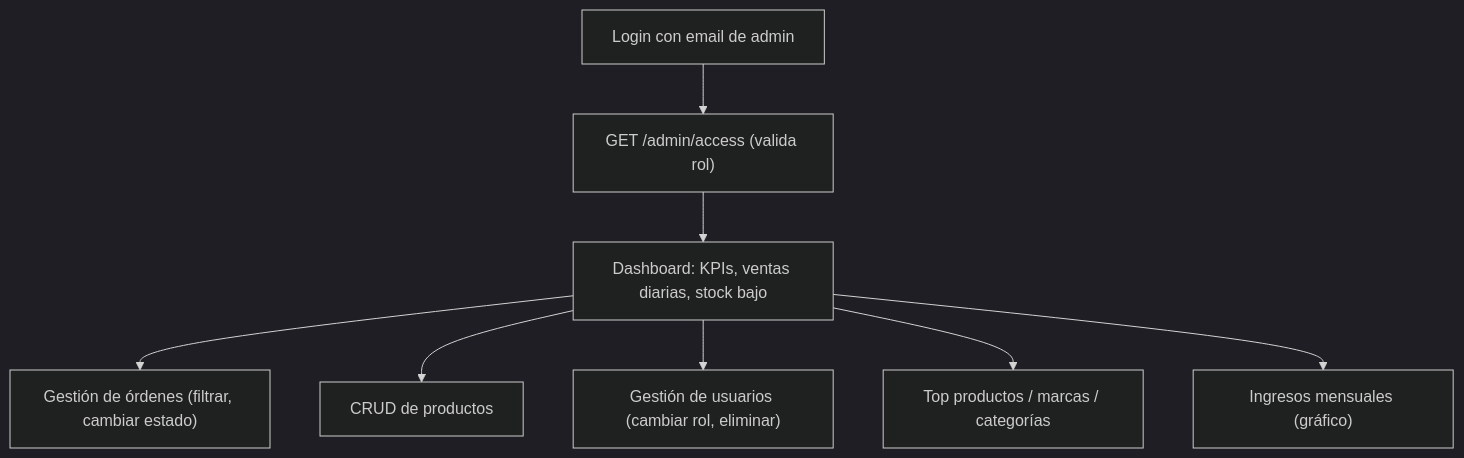
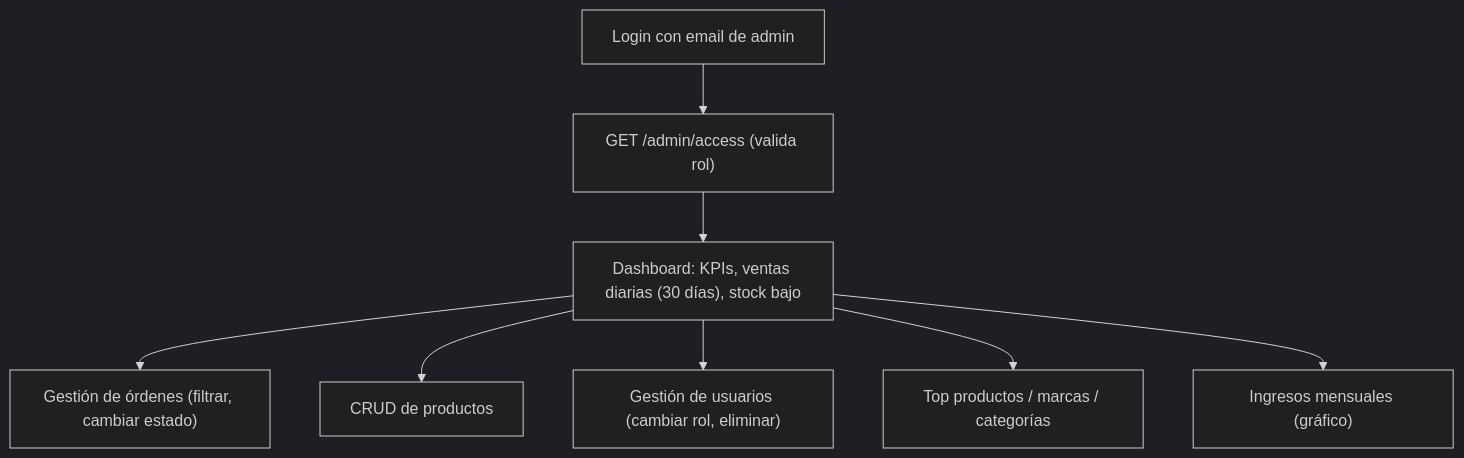
The tenth of 11 diagrams in docs/arquitectura.md (EiJassiel/healthora), drawn with Mermaid (dark theme) before and after one commit. The commit also changed other lines of this file and 4 other files, not shown here.

````diff
--- a/docs/arquitectura.md
+++ b/docs/arquitectura.md
@@ -441,10 +465,10 @@
 ```mermaid
 flowchart TD
     Login["Login con email de admin"] --> Access["GET /admin/access (valida rol)"]
-    Access --> Dashboard["Dashboard: KPIs, ventas diarias, stock bajo"]
+    Access --> Dashboard["Dashboard: KPIs, ventas diarias (30 días), stock bajo"]
     Dashboard --> Orders["Gestión de órdenes (filtrar, cambiar estado)"]
     Dashboard --> Products["CRUD de productos"]
     Dashboard --> Users["Gestión de usuarios (cambiar rol, eliminar)"]
     Dashboard --> Sales["Top productos / marcas / categorías"]
     Dashboard --> Earnings["Ingresos mensuales (gráfico)"]
 ```
````
